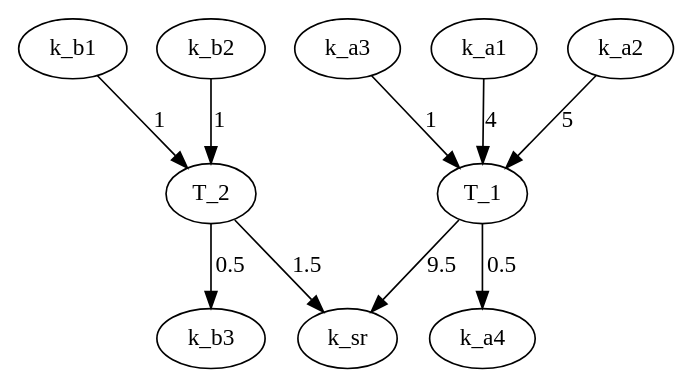
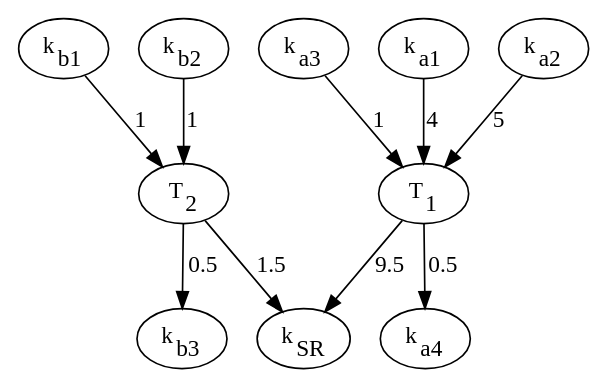
One commit to graingert/bitcoin-IRP changed the diagram in img/group_addresses.dot. Above: the diagram before and after it, drawn with Graphviz. The commit also changed 7 other files, not shown here.

Commit message:
add diagrams

```diff
--- a/img/group_addresses.dot
+++ b/img/group_addresses.dot
@@ -1,11 +1,21 @@
 digraph g{
   k_a1 -> T_1 [label=4];
   k_a2 -> T_1 [label=5];
   k_a3 -> T_1 [label=1];
   T_1 -> k_a4 [label=0.5];
   T_1 -> k_sr [label=9.5];
   k_b1 -> T_2 [label=1];
   k_b2 -> T_2 [label=1];
   T_2 -> k_b3 [label=0.5];
   T_2 -> k_sr [label=1.5];
+  k_a1[label=<k<SUB>a1</SUB>>];
+  k_a2[label=<k<SUB>a2</SUB>>];
+  k_a3[label=<k<SUB>a3</SUB>>];
+  k_a4[label=<k<SUB>a4</SUB>>];
+  T_1[label=<T<SUB>1</SUB>>];
+  T_2[label=<T<SUB>2</SUB>>];
+  k_b1[label=<k<SUB>b1</SUB>>];
+  k_b2[label=<k<SUB>b2</SUB>>];
+  k_b3[label=<k<SUB>b3</SUB>>];
+  k_sr[label=<k<SUB>SR</SUB>>];
 }
```
